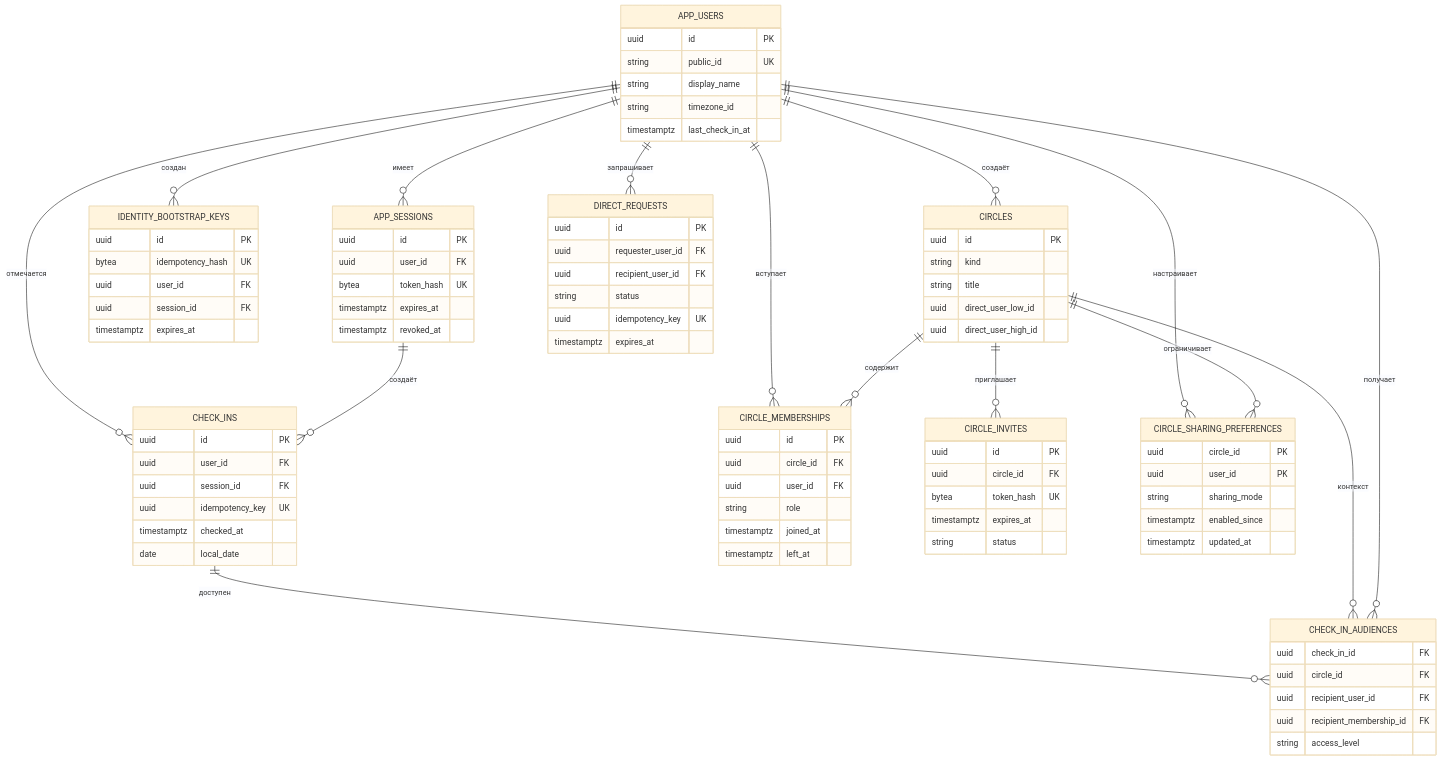
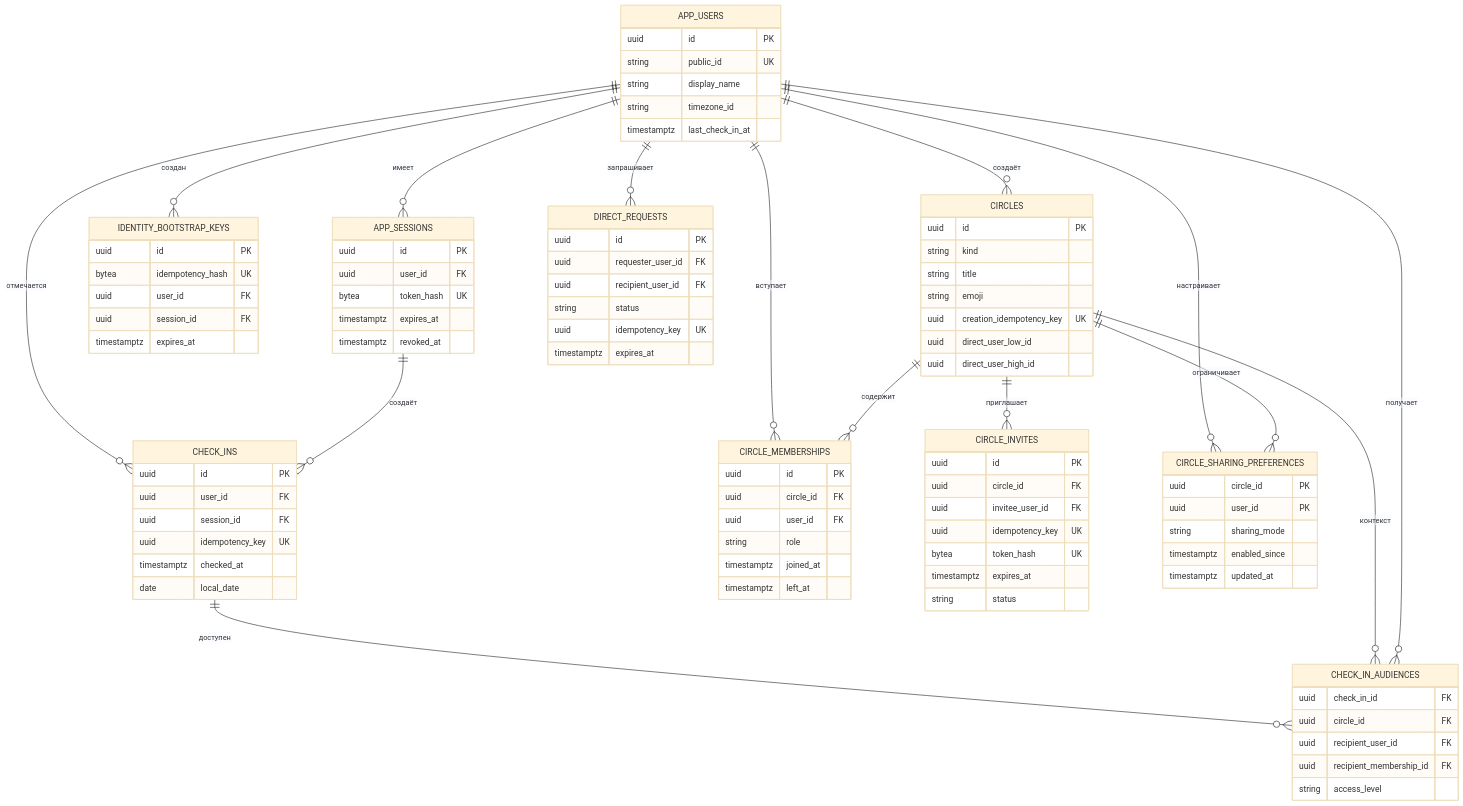
One commit to NolReaction/zhiv-app changed the second of 2 diagrams in docs/architecture.md. Above: the diagram before and after it, drawn with Mermaid (base theme). The commit also changed other lines of this file and 44 other files, not shown here.

```diff
--- a/docs/architecture.md
+++ b/docs/architecture.md
@@ -68,6 +68,8 @@
         uuid id PK
         string kind
         string title
+        string emoji
+        uuid creation_idempotency_key UK
         uuid direct_user_low_id
         uuid direct_user_high_id
     }
@@ -97,6 +99,8 @@
     CIRCLE_INVITES {
         uuid id PK
         uuid circle_id FK
+        uuid invitee_user_id FK
+        uuid idempotency_key UK
         bytea token_hash UK
         timestamptz expires_at
         string status
```
